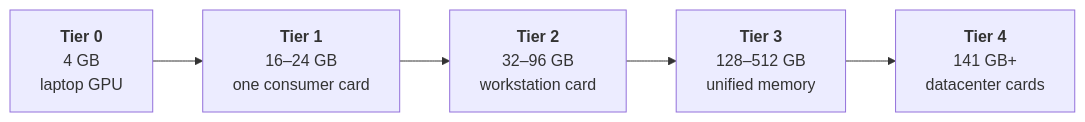
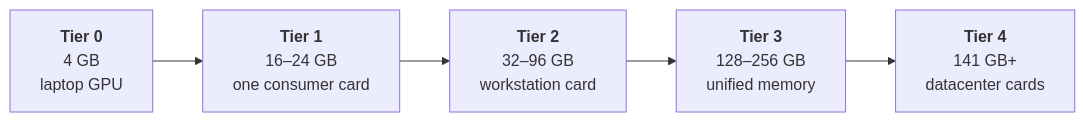
One commit to kamil-kielbasa/ai-infrastructure-book changed the first of 2 diagrams in book/08-the-model-landscape.md. Above: the diagram before and after it, drawn with Mermaid. The commit also changed other lines of this file and 13 other files, not shown here.

````diff
--- a/book/08-the-model-landscape.md
+++ b/book/08-the-model-landscape.md
@@ -101,7 +101,7 @@
 ```mermaid
 flowchart LR
     T0["<b>Tier 0</b><br/>4 GB<br/>laptop GPU"] --> T1["<b>Tier 1</b><br/>16–24 GB<br/>one consumer card"]
     T1 --> T2["<b>Tier 2</b><br/>32–96 GB<br/>workstation card"]
-    T2 --> T3["<b>Tier 3</b><br/>128–512 GB<br/>unified memory"]
+    T2 --> T3["<b>Tier 3</b><br/>128–256 GB<br/>unified memory"]
     T3 --> T4["<b>Tier 4</b><br/>141 GB+<br/>datacenter cards"]
 ```
````
